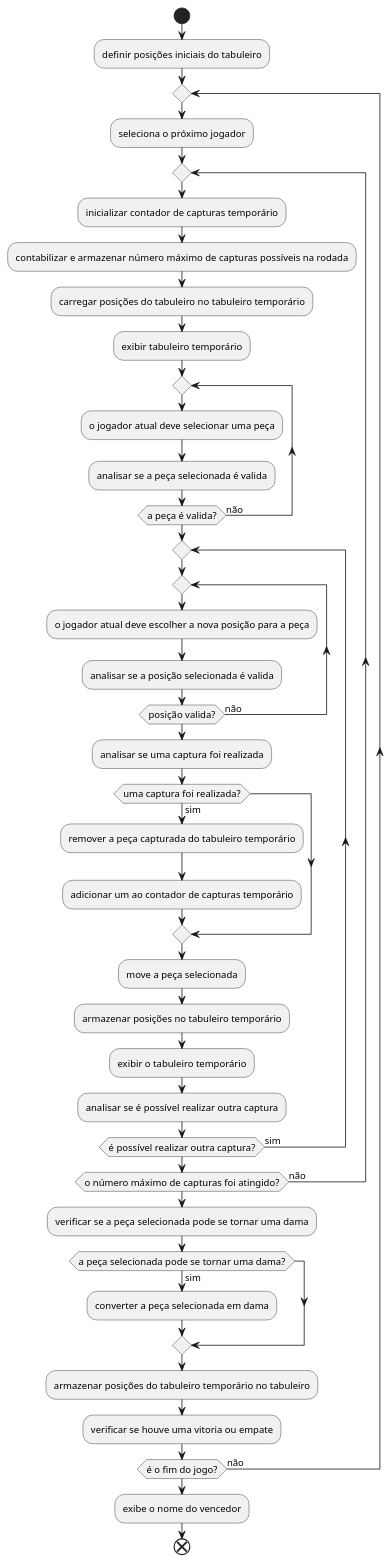
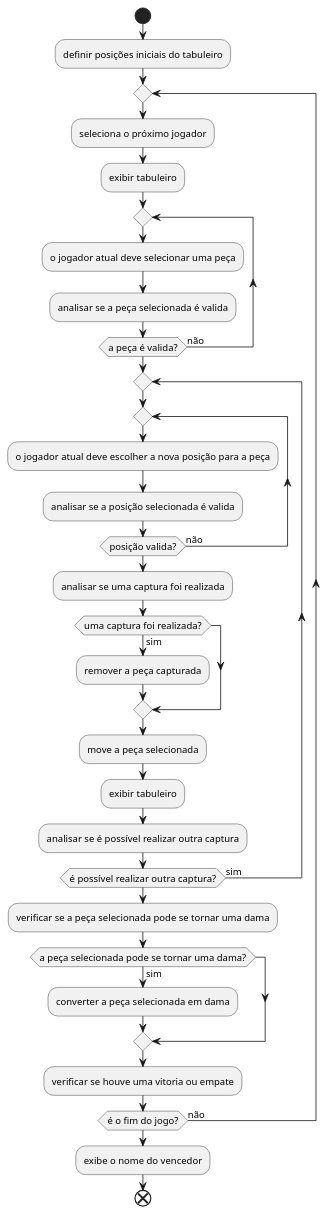
One commit to carlos-e-araujo/jogo-de-damas changed the diagram in docs/diagrams/src/atividades.puml. Above: the diagram before and after it, drawn with PlantUML. The commit also changed 3 other files, not shown here.

Commit message:
Refactor activity and class diagrams: streamline game logic and enhance UML representation

```diff
--- a/docs/diagrams/src/atividades.puml
+++ b/docs/diagrams/src/atividades.puml
@@ -1,55 +1,46 @@
 @startuml Atividades
 
 skinparam DefaultTextAlignment center
 skinparam DefaultFontSize 12
 
 start
 :definir posições iniciais do tabuleiro;
 
 repeat
     :seleciona o próximo jogador;
+    :exibir tabuleiro;
 
     repeat
-        :inicializar contador de capturas temporário;
-        :contabilizar e armazenar número máximo de capturas possíveis na rodada;
-        :carregar posições do tabuleiro no tabuleiro temporário;
-        :exibir tabuleiro temporário;
+        :o jogador atual deve selecionar uma peça;
+        :analisar se a peça selecionada é valida;
+    repeat while (a peça é valida?) is (não)
 
+    repeat
         repeat
-            :o jogador atual deve selecionar uma peça;
-            :analisar se a peça selecionada é valida;
-        repeat while (a peça é valida?) is (não)
+            :o jogador atual deve escolher a nova posição para a peça;
+            :analisar se a posição selecionada é valida;
+        repeat while (posição valida?) is (não)
 
-        repeat
-            repeat
-                :o jogador atual deve escolher a nova posição para a peça;
-                :analisar se a posição selecionada é valida;
-            repeat while (posição valida?) is (não)
+        :analisar se uma captura foi realizada;
 
-            :analisar se uma captura foi realizada;
+        if (uma captura foi realizada?) then (sim)
+            :remover a peça capturada;
+        endif
 
-            if (uma captura foi realizada?) then (sim)
-                :remover a peça capturada do tabuleiro temporário;
-                :adicionar um ao contador de capturas temporário;
-            endif
-
-            :move a peça selecionada;
-            :armazenar posições no tabuleiro temporário;
-            :exibir o tabuleiro temporário;
-            :analisar se é possível realizar outra captura;
-        repeat while (é possível realizar outra captura?) is (sim)
-    repeat while (o número máximo de capturas foi atingido?) is (não)
+        :move a peça selecionada;
+        :exibir tabuleiro;
+        :analisar se é possível realizar outra captura;
+    repeat while (é possível realizar outra captura?) is (sim)
 
     :verificar se a peça selecionada pode se tornar uma dama;
     if (a peça selecionada pode se tornar uma dama?) then (sim)
         :converter a peça selecionada em dama;
     endif
 
-    :armazenar posições do tabuleiro temporário no tabuleiro;
     :verificar se houve uma vitoria ou empate;
 repeat while (é o fim do jogo?) is (não)
 
 :exibe o nome do vencedor;
 end
 
 @enduml
```
